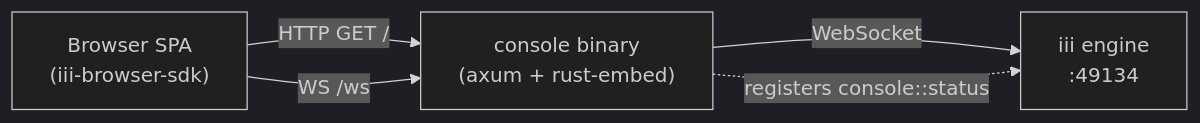
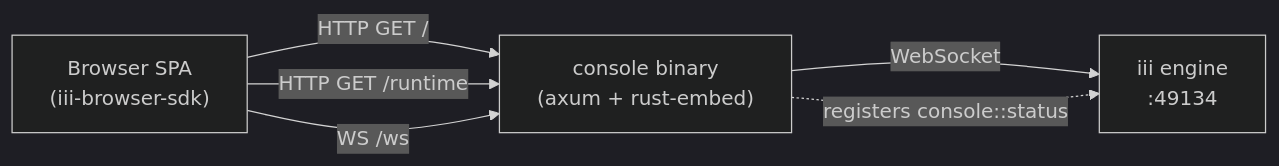
The diagram in console/README.md (iii-hq/workers), drawn with Mermaid (dark theme) before and after one commit. The commit also changed other lines of this file and 55 other files, not shown here.

````diff
--- a/console/README.md
+++ b/console/README.md
@@ -171,7 +171,8 @@
 ```mermaid
 flowchart LR
     Browser["Browser SPA<br/>(iii-browser-sdk)"] -->|"HTTP GET /"| Console
+    Browser -->|"HTTP GET /runtime"| Console
     Browser -->|"WS /ws"| Console
     Console["console binary<br/>(axum + rust-embed)"] -->|"WebSocket"| Engine["iii engine<br/>:49134"]
     Console -. "registers console::status" .-> Engine
 ```
````
